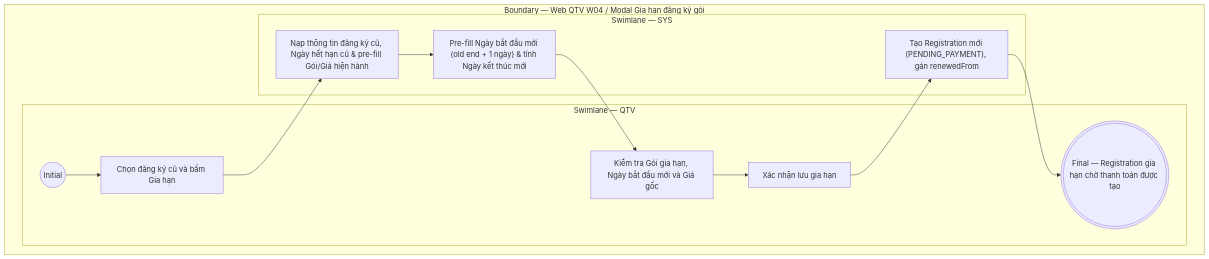
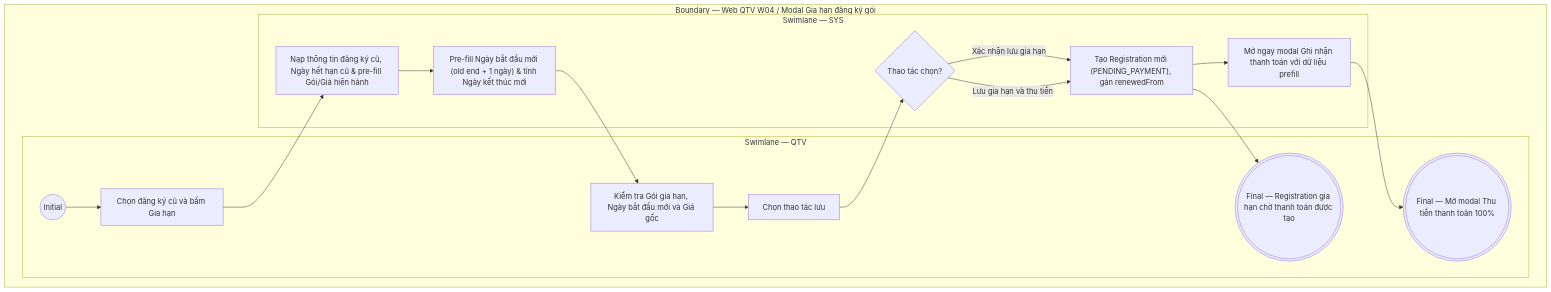
Before and after one commit to ThachY-23120411/Paradise-Gym-v2: the diagram in docs/user-stories/qtv/QTV-W04-Đăng ký & gia hạn/QTV-W04-US02-Gia hạn đăng ký gói.md, drawn with Mermaid. The commit also changed other lines of this file and 294 other files, not shown here.

````diff
--- a/docs/user-stories/qtv/QTV-W04-Đăng ký & gia hạn/QTV-W04-US02-Gia hạn đăng ký gói.md
+++ b/docs/user-stories/qtv/QTV-W04-Đăng ký & gia hạn/QTV-W04-US02-Gia hạn đăng ký gói.md
@@ -54,21 +64,26 @@
 ```mermaid
 flowchart TB
   subgraph B["Boundary — Web QTV W04 / Modal Gia hạn đăng ký gói"]
     subgraph L0["Swimlane — QTV"]
       I01(("Initial"))
       A01["Chọn đăng ký cũ và bấm Gia hạn"]
       A02["Kiểm tra Gói gia hạn, Ngày bắt đầu mới và Giá gốc"]
-      A03["Xác nhận lưu gia hạn"]
+      A03["Chọn thao tác lưu"]
       F01((("Final — Registration gia hạn chờ thanh toán được tạo")))
+      F02((("Final — Mở modal Thu tiền thanh toán 100%")))
       I01 --> A01
       A02 --> A03
     end
     subgraph L1["Swimlane — SYS"]
       S01["Nạp thông tin đăng ký cũ, Ngày hết hạn cũ & pre-fill Gói/Giá hiện hành"]
       S02["Pre-fill Ngày bắt đầu mới (old end + 1 ngày) & tính Ngày kết thúc mới"]
+      D01{"Thao tác chọn?"}
       S03["Tạo Registration mới (PENDING_PAYMENT), gán renewedFrom"]
+      S04["Mở ngay modal Ghi nhận thanh toán với dữ liệu prefill"]
       A01 --> S01 --> S02 --> A02
-      A03 --> S03 --> F01
+      A03 --> D01
+      D01 -->|Xác nhận lưu gia hạn| S03 --> F01
+      D01 -->|Lưu gia hạn và thu tiền| S03 --> S04 --> F02
     end
   end
 ```
````
